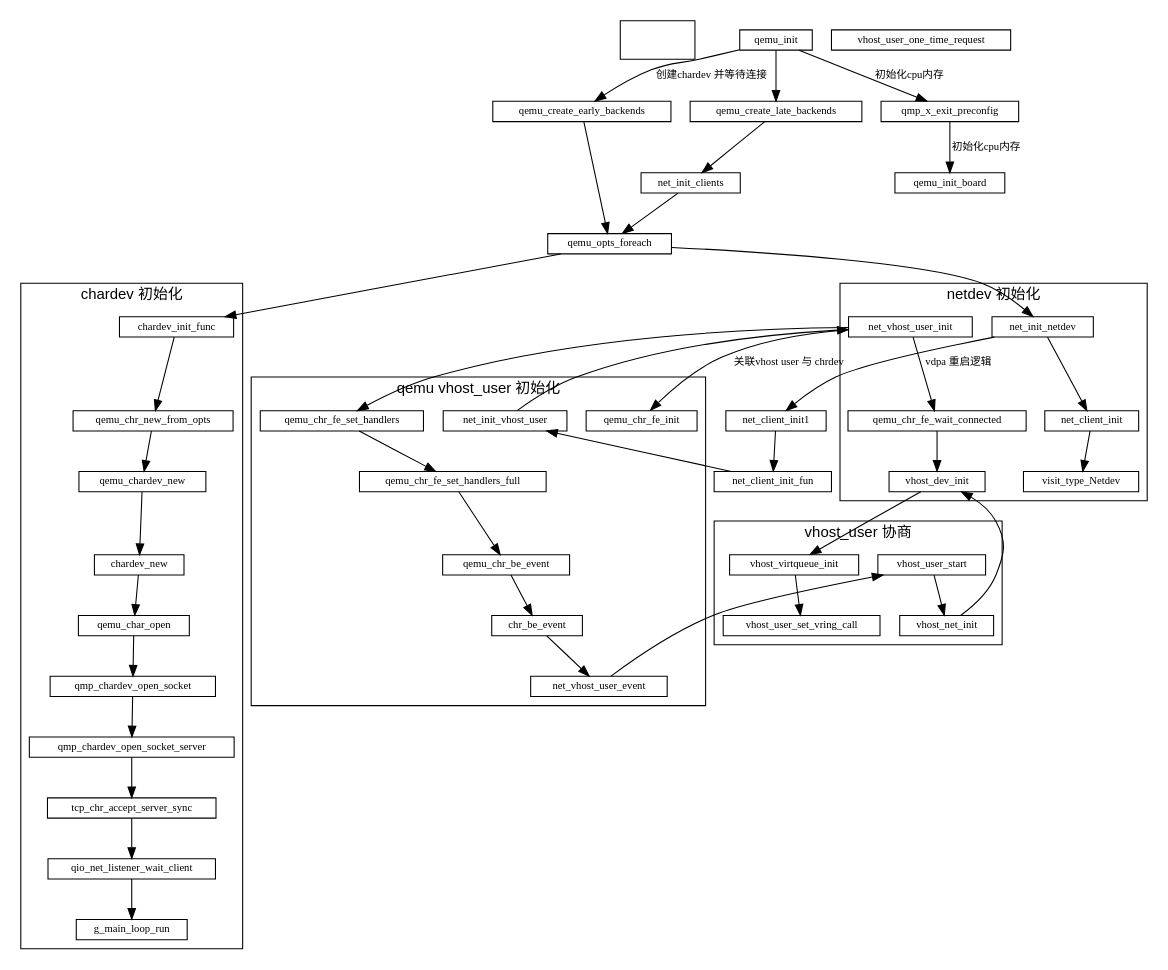
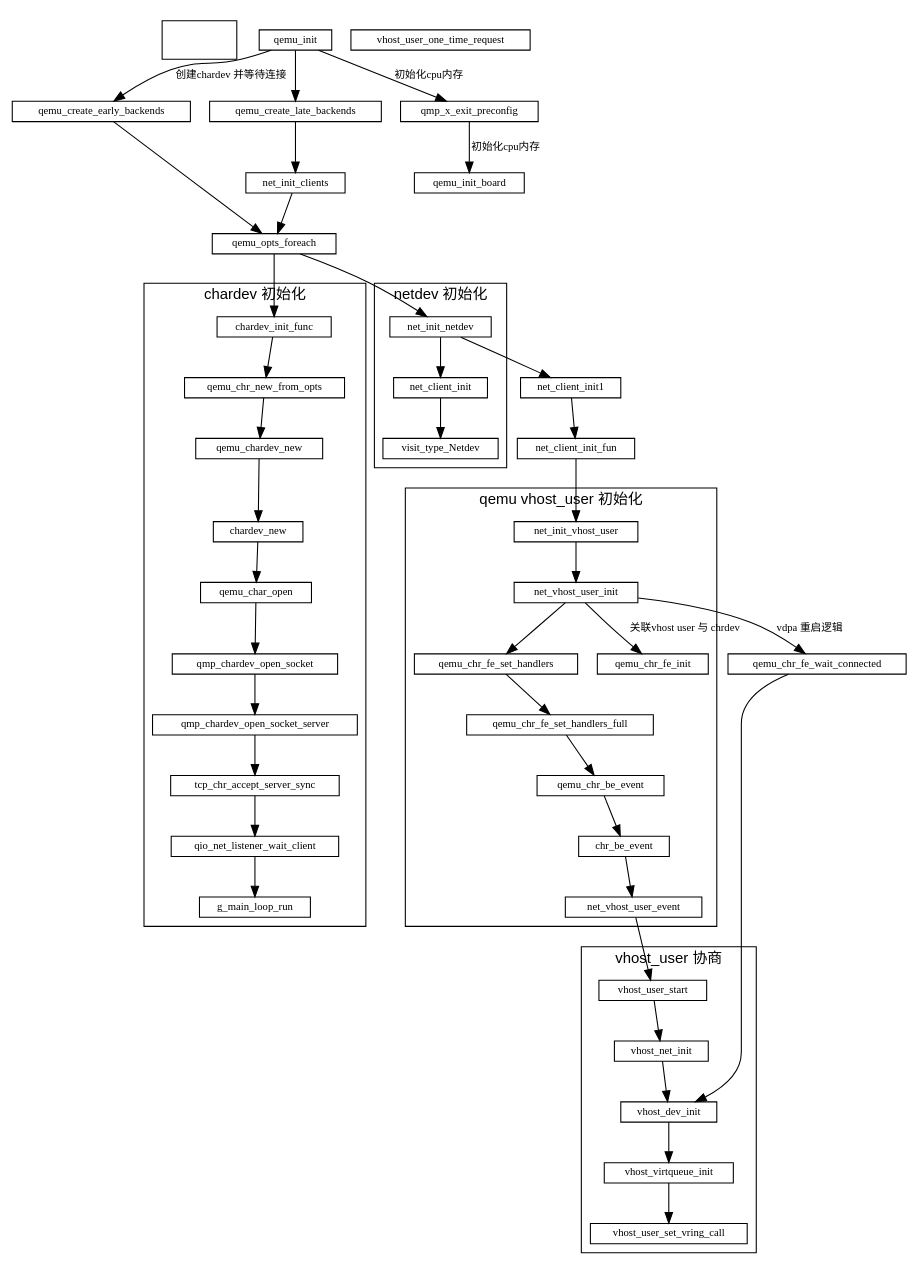
The diagram in qemu/qemu初始化.md (sisyphus1212/note), drawn with Graphviz before and after one commit.

Commit message:
auto_update

```diff
--- a/qemu/qemu初始化.md
+++ b/qemu/qemu初始化.md
@@ -38,7 +38,7 @@
     qemu_init -> qmp_x_exit_preconfig
               -> qemu_init_board[label="初始化cpu内存"]
 
-    subgraph netdev_init {
+    subgraph vdpa_restartt {
         net_vhost_user_init -> qemu_chr_fe_wait_connected[label="vdpa 重启逻辑"]
                             qemu_chr_fe_wait_connected
                             -> vhost_dev_init
```
